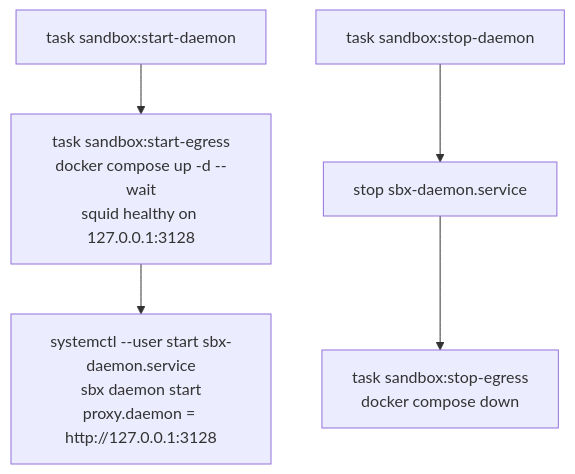
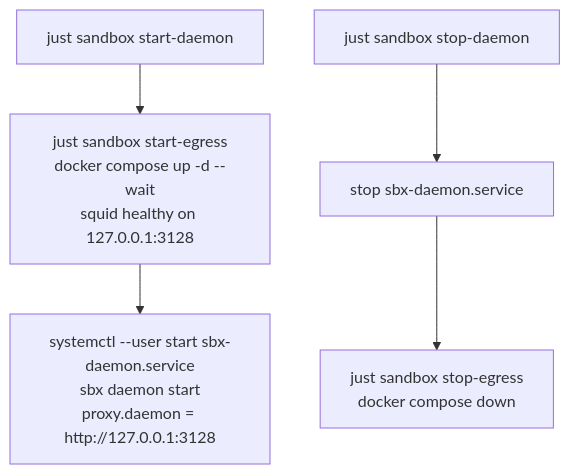
Before and after one commit to raghav19/engineersdaybook: the second of 2 diagrams in .sbx/daemon/README.md, drawn with Mermaid. The commit also changed other lines of this file and 19 other files, not shown here.

First line of the commit message:
refactor(sbx): replace go-task with just in .sbx and the repo root

````diff
--- a/.sbx/daemon/README.md
+++ b/.sbx/daemon/README.md
@@ -28,6 +28,6 @@
 ```mermaid
 flowchart TD
-    start["task sandbox:start-daemon"] --> egress["task sandbox:start-egress<br/>docker compose up -d --wait<br/>squid healthy on 127.0.0.1:3128"]
+    start["just sandbox start-daemon"] --> egress["just sandbox start-egress<br/>docker compose up -d --wait<br/>squid healthy on 127.0.0.1:3128"]
     egress --> unit["systemctl --user start sbx-daemon.service<br/>sbx daemon start<br/>proxy.daemon = http://127.0.0.1:3128"]
-    stop["task sandbox:stop-daemon"] --> unitstop["stop sbx-daemon.service"] --> egressstop["task sandbox:stop-egress<br/>docker compose down"]
+    stop["just sandbox stop-daemon"] --> unitstop["stop sbx-daemon.service"] --> egressstop["just sandbox stop-egress<br/>docker compose down"]
 ```
````
